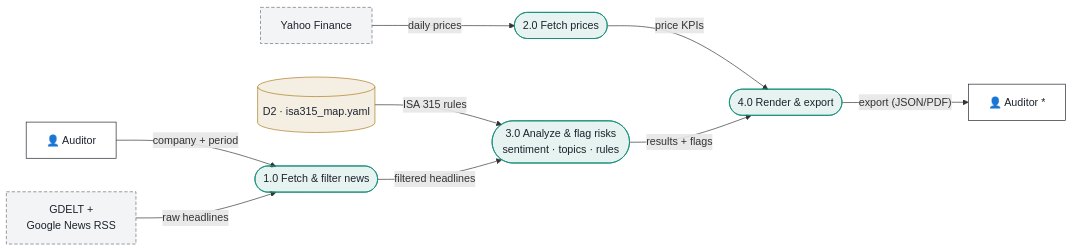
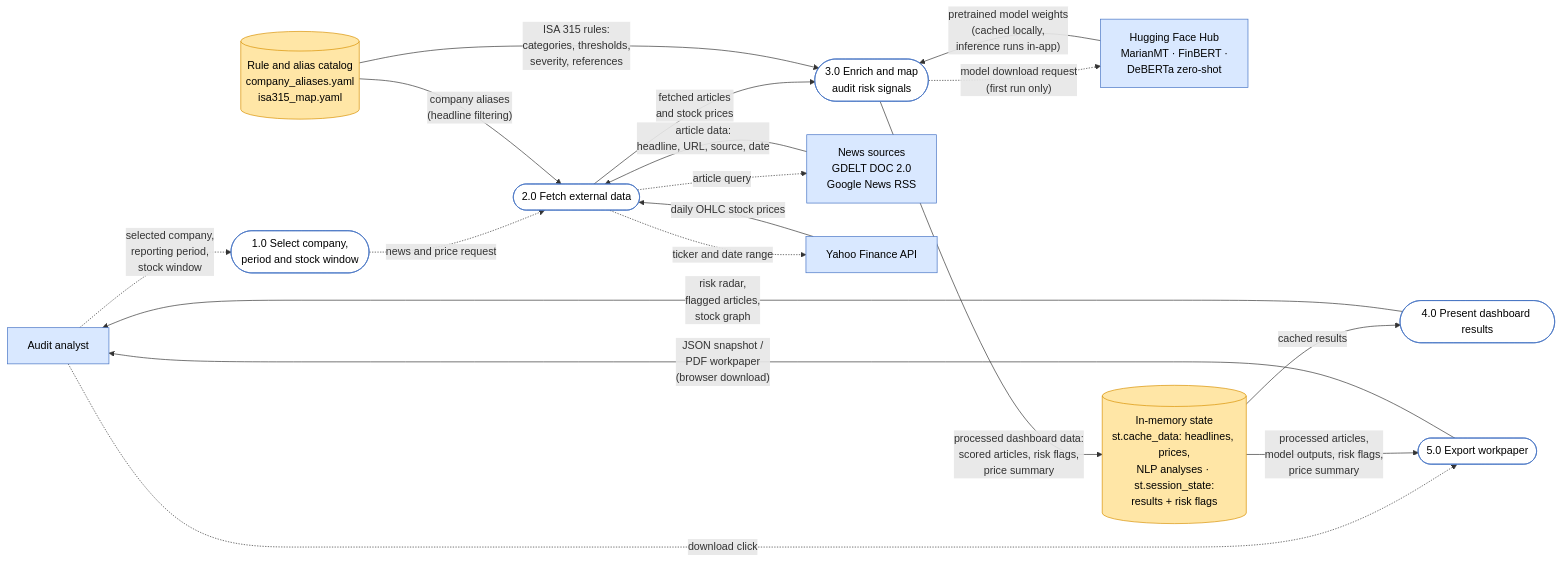
Before and after one commit to lasse133/DaxDataDashboard: the diagram in doc/data-flow.md, drawn with Mermaid. The commit also changed other lines of this file and 4 other files, not shown here.

Commit message:
update doc/diagram

````diff
--- a/doc/data-flow.md
+++ b/doc/data-flow.md
@@ -20,29 +21,70 @@
 ```mermaid
----
-<!-- config:
-  layout: fixed -->
----
 flowchart LR
-    AUDITOR["👤 Auditor"] -- company + period --> P1(["1.0 Fetch & filter news"])
-    NEWSAPI["GDELT +<br>Google News RSS"] -- raw headlines --> P1
-    D2[("D2 · isa315_map.yaml")] -- ISA 315 rules --> P3(["3.0 Analyze &amp; flag risks<br>sentiment · topics · rules"])
-    YAHOO["Yahoo Finance"] -- daily prices --> P2(["2.0 Fetch prices"])
-    P2 -- price KPIs --> P4(["4.0 Render & export"])
-    P4 -- export (JSON/PDF) --> AUDITOR_OUT["👤 Auditor *"]
-    P1 -- filtered headlines --> P3
-    P3 -- results + flags --> P4
 
-     AUDITOR:::actor
-     P1:::process
-     NEWSAPI:::entity
-     D2:::store
-     P3:::process
-     YAHOO:::entity
-     P2:::process
-     P4:::process
-     AUDITOR_OUT:::actor
-    classDef process fill:#0e8a761a,stroke:#0e8a76,color:#1c232d
-    classDef store fill:#a97a1a1f,stroke:#a97a1a,color:#1c232d
-    classDef entity fill:#66707d14,stroke:#66707d,stroke-dasharray:5 3,color:#1c232d
-    classDef actor fill:#ffffff,stroke:#1c232d,color:#1c232d
+
+    %% External actor
+    auditor["Audit analyst"]
+
+
+    %% Main processes
+    p1(["1.0 Select company,<br/>period and stock window"])
+    p2(["2.0 Fetch external data"])
+    p3(["3.0 Enrich and map<br/>audit risk signals"])
+    p4(["4.0 Present dashboard results"])
+    p5(["5.0 Export workpaper"])
+
+
+    %% External systems
+    news["News sources<br/>GDELT DOC 2.0<br/>Google News RSS"]
+    yahoo["Yahoo Finance API"]
+    hf["Hugging Face Hub<br/>MarianMT · FinBERT ·<br/>DeBERTa zero-shot"]
+
+
+    %% Data stores / artifacts
+    rules[("Rule and alias catalog<br/>company_aliases.yaml<br/>isa315_map.yaml")]
+    cache[("In-memory state<br/>st.cache_data: headlines, prices,<br/>NLP analyses · st.session_state:<br/>results + risk flags")]
+
+
+    %% Control / request flow = dashed
+    auditor -. "selected company,<br/>reporting period,<br/>stock window" .-> p1
+    p1 -. "news and price request" .-> p2
+    p2 -. "article query" .-> news
+    p2 -. "ticker and date range" .-> yahoo
+    p3 -. "model download request<br/>(first run only)" .-> hf
+    auditor -. "download click" .-> p5
+
+
+    %% Data flow = solid
+    news -- "article data:<br/>headline, URL, source, date" --> p2
+    yahoo -- "daily OHLC stock prices" --> p2
+
+
+    p2 -- "fetched articles<br/>and stock prices" --> p3
+
+
+    hf -- "pretrained model weights<br/>(cached locally,<br/>inference runs in-app)" --> p3
+    rules -- "company aliases<br/>(headline filtering)" --> p2
+    rules -- "ISA 315 rules:<br/>categories, thresholds,<br/>severity, references" --> p3
+
+
+    p3 -- "processed dashboard data:<br/>scored articles, risk flags,<br/>price summary" --> cache
+
+
+    cache -- "cached results" --> p4
+    p4 -- "risk radar,<br/>flagged articles,<br/>stock graph" --> auditor
+
+
+    cache -- "processed articles,<br/>model outputs, risk flags,<br/>price summary" --> p5
+    p5 -- "JSON snapshot /<br/>PDF workpaper<br/>(browser download)" --> auditor
+
+
+    %% Styling
+    classDef external fill:#d9e8ff,stroke:#4472c4,stroke-width:1px,color:#000;
+    classDef process fill:#ffffff,stroke:#4472c4,stroke-width:1px,color:#000;
+    classDef store fill:#ffe6a6,stroke:#d99000,stroke-width:1px,color:#000;
+
+
+    class auditor,news,yahoo,hf external;
+    class p1,p2,p3,p4,p5 process;
+    class rules,cache store;
 ```
````
